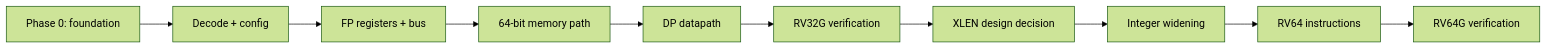
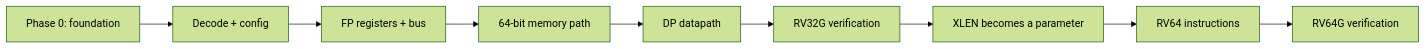
The diagram in docs/roadmap-rv32g-rv64g.md (atvrager/Shoumei-RTL), drawn with Mermaid (forest theme) before and after one commit. The commit also changed other lines of this file and 1 other file, not shown here.

First line of the commit message:
Finalize: XLEN is a parameter, not a fork

````diff
--- a/docs/roadmap-rv32g-rv64g.md
+++ b/docs/roadmap-rv32g-rv64g.md
@@ -100,12 +125,11 @@
 ```mermaid
 graph LR
   P0[Phase 0: foundation] --> P1A[Decode + config]
   P1A --> P1B[FP registers + bus]
   P1B --> P1C[64-bit memory path]
   P1C --> P1D[DP datapath]
   P1D --> P1V[RV32G verification]
-  P1V --> P2A[XLEN design decision]
-  P2A --> P2B[Integer widening]
-  P2B --> P2C[RV64 instructions]
-  P2C --> P2V[RV64G verification]
+  P1V --> P2A[XLEN becomes a parameter]
+  P2A --> P2B[RV64 instructions]
+  P2B --> P2V[RV64G verification]
 ```
````
